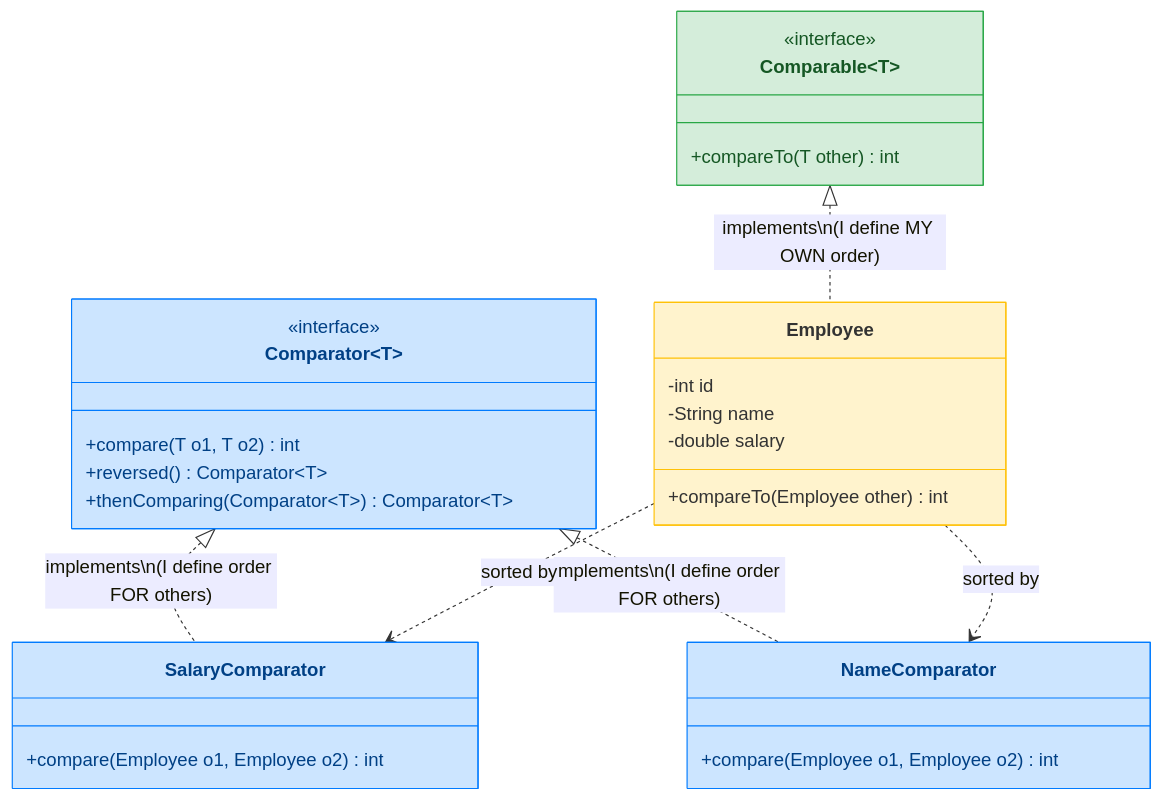
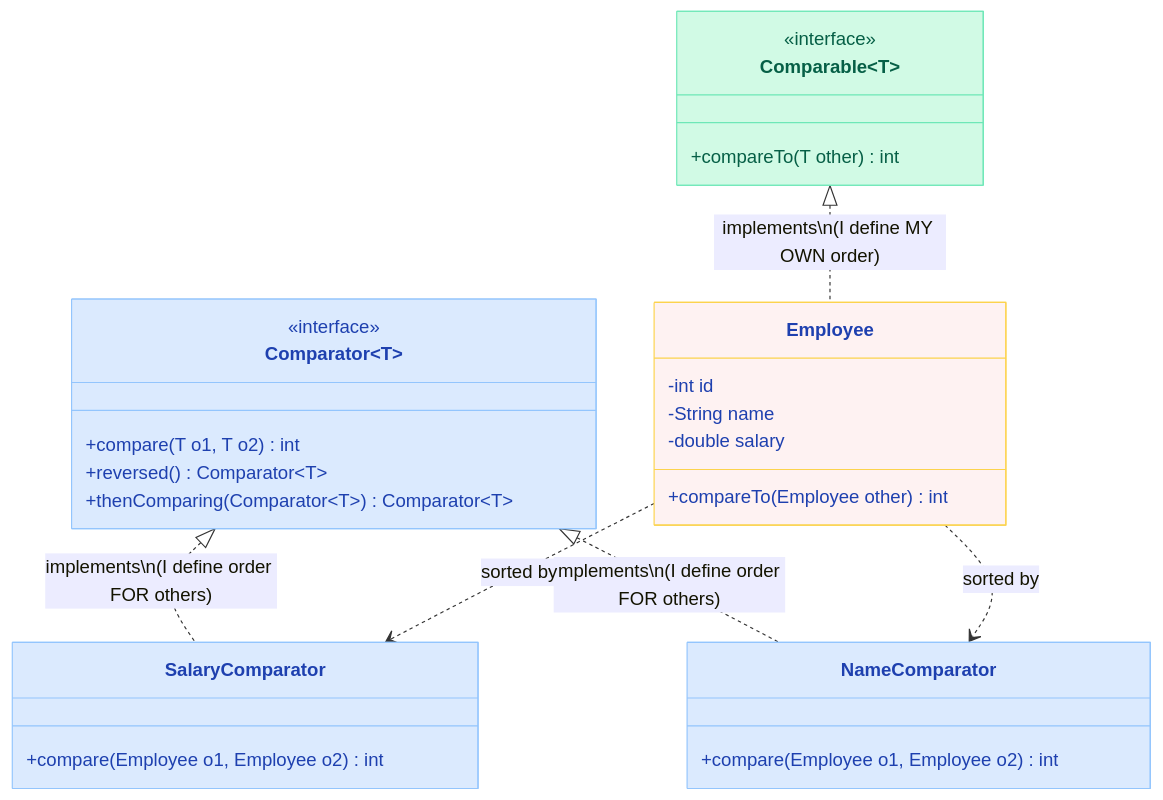
One commit to saivamsikaruturi/vamsilabs-dev-notes-main changed the second of 4 diagrams in docs/java/ComparableComparator.md. Above: the diagram before and after it, drawn with Mermaid. The commit also changed other lines of this file and 220 other files, not shown here.

First line of the commit message:
Add 50+ new Java/Spring Boot pages, rewrite CSS code blocks to Oracle style, fix all diagram colors

````diff
--- a/docs/java/ComparableComparator.md
+++ b/docs/java/ComparableComparator.md
@@ -34,42 +41,42 @@
 ```mermaid
 classDiagram
     class Comparable~T~ {
         <<interface>>
         +compareTo(T other) int
     }
 
     class Comparator~T~ {
         <<interface>>
         +compare(T o1, T o2) int
         +reversed() Comparator~T~
         +thenComparing(Comparator~T~) Comparator~T~
     }
 
     class Employee {
         -int id
         -String name
         -double salary
         +compareTo(Employee other) int
     }
 
     class SalaryComparator {
         +compare(Employee o1, Employee o2) int
     }
 
     class NameComparator {
         +compare(Employee o1, Employee o2) int
     }
 
     Comparable~T~ <|.. Employee : implements\n(I define MY OWN order)
     Comparator~T~ <|.. SalaryComparator : implements\n(I define order FOR others)
     Comparator~T~ <|.. NameComparator : implements\n(I define order FOR others)
 
     Employee ..> SalaryComparator : sorted by
     Employee ..> NameComparator : sorted by
 
-    style Comparable fill:#d4edda,stroke:#28a745,color:#155724
-    style Comparator fill:#cce5ff,stroke:#007bff,color:#004085
-    style Employee fill:#fff3cd,stroke:#ffc107,color:#333
-    style SalaryComparator fill:#cce5ff,stroke:#007bff,color:#004085
-    style NameComparator fill:#cce5ff,stroke:#007bff,color:#004085
+    style Comparable fill:#D1FAE5,stroke:#6EE7B7,color:#065F46
+    style Comparator fill:#DBEAFE,stroke:#93C5FD,color:#1E40AF
+    style Employee fill:#FEF2F2,stroke:#FCD34D,color:#1E40AF
+    style SalaryComparator fill:#DBEAFE,stroke:#93C5FD,color:#1E40AF
+    style NameComparator fill:#DBEAFE,stroke:#93C5FD,color:#1E40AF
 ```
````
